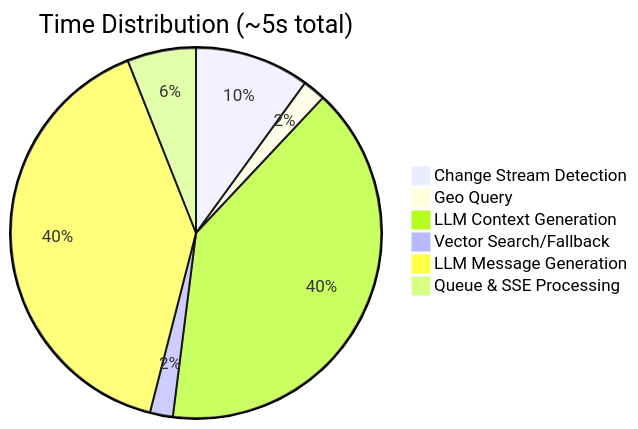
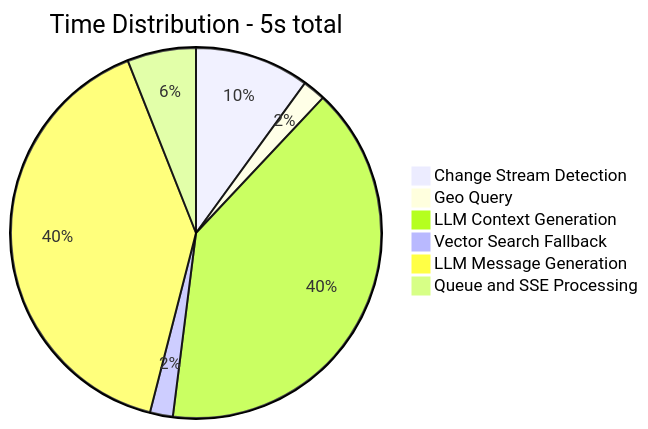
One commit to ramonfnasc12/mms-personalized-demo changed the fourth of 10 diagrams in FLOW.md. Above: the diagram before and after it, drawn with Mermaid. The commit also changed other lines of this file and 1 other file, not shown here.

First line of the commit message:
Add production architecture documentation

````diff
--- a/FLOW.md
+++ b/FLOW.md
@@ -207,9 +207,9 @@
 ```mermaid
-pie title Time Distribution (~5s total)
+pie title Time Distribution - 5s total
     "Change Stream Detection" : 10
     "Geo Query" : 2
     "LLM Context Generation" : 40
-    "Vector Search/Fallback" : 2
+    "Vector Search Fallback" : 2
     "LLM Message Generation" : 40
-    "Queue & SSE Processing" : 6
+    "Queue and SSE Processing" : 6
 ```
````
